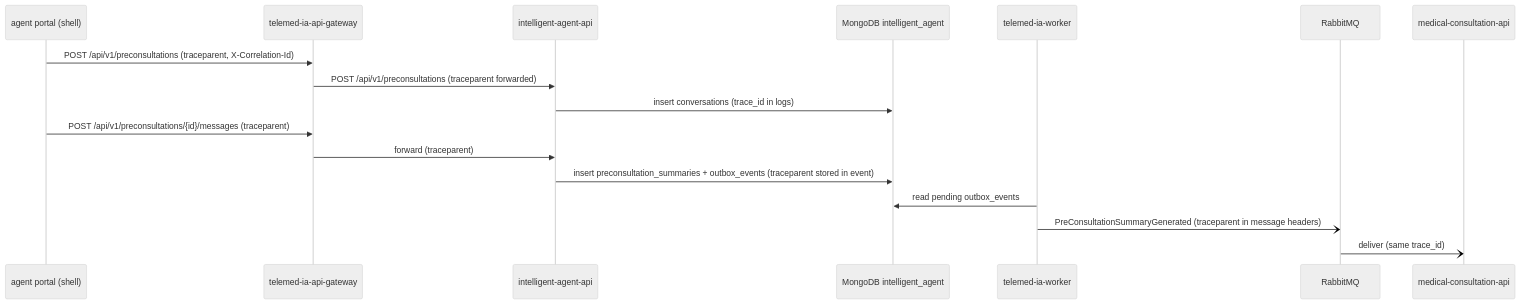
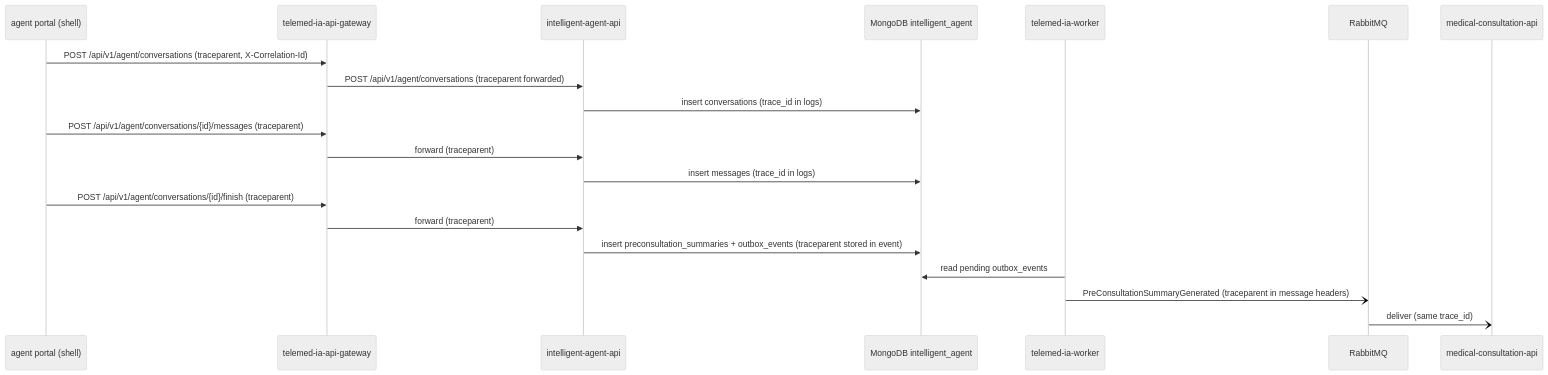
One commit to JulianaFerro1428/sistemas-distribuidos-2026-b-g2 changed the diagram in 11-week/workshop/01-journey.md. Above: the diagram before and after it, drawn with Mermaid (neutral theme). The commit also changed other lines of this file and 1 other file, not shown here.

Commit message:
docs(w11): align journey and log contract with agent-service contract

````diff
--- a/11-week/workshop/01-journey.md
+++ b/11-week/workshop/01-journey.md
@@ -20,19 +20,22 @@
 ```mermaid
 sequenceDiagram
   participant P as agent portal (shell)
   participant GW as telemed-ia-api-gateway
   participant AG as intelligent-agent-api
   participant DB as MongoDB intelligent_agent
   participant W as telemed-ia-worker
   participant MQ as RabbitMQ
   participant MC as medical-consultation-api
-  P->>GW: POST /api/v1/preconsultations (traceparent, X-Correlation-Id)
-  GW->>AG: POST /api/v1/preconsultations (traceparent forwarded)
+  P->>GW: POST /api/v1/agent/conversations (traceparent, X-Correlation-Id)
+  GW->>AG: POST /api/v1/agent/conversations (traceparent forwarded)
   AG->>DB: insert conversations (trace_id in logs)
-  P->>GW: POST /api/v1/preconsultations/{id}/messages (traceparent)
+  P->>GW: POST /api/v1/agent/conversations/{id}/messages (traceparent)
+  GW->>AG: forward (traceparent)
+  AG->>DB: insert messages (trace_id in logs)
+  P->>GW: POST /api/v1/agent/conversations/{id}/finish (traceparent)
   GW->>AG: forward (traceparent)
   AG->>DB: insert preconsultation_summaries + outbox_events (traceparent stored in event)
   W->>DB: read pending outbox_events
   W-)MQ: PreConsultationSummaryGenerated (traceparent in message headers)
   MQ-)MC: deliver (same trace_id)
 ```
````
